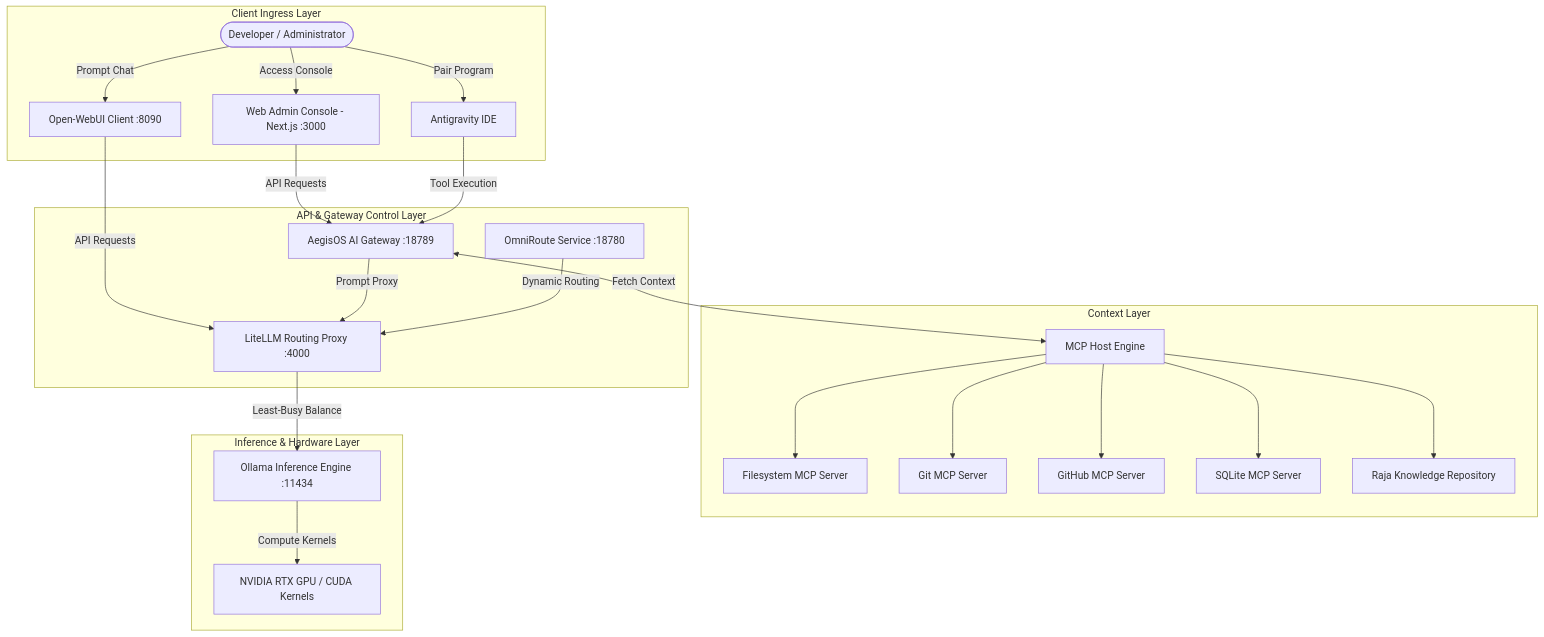
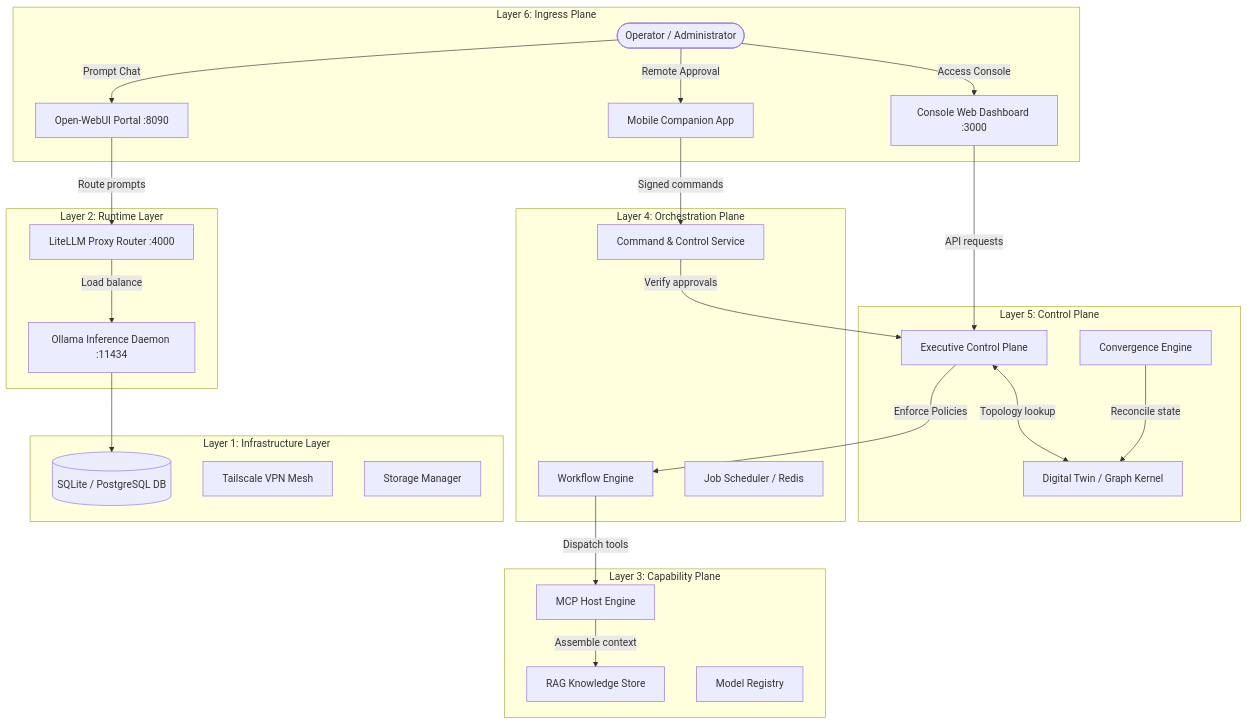
One commit to rjmad1/AegisOS changed the first of 3 diagrams in docs/Architecture_Handbook.md. Above: the diagram before and after it, drawn with Mermaid. The commit also changed other lines of this file and 97 other files, not shown here.

````diff
--- a/docs/Architecture_Handbook.md
+++ b/docs/Architecture_Handbook.md
@@ -11,50 +19,57 @@
 ```mermaid
 graph TD
-    subgraph Client Ingress Layer
-        User([Developer / Administrator])
-        Console[Web Admin Console - Next.js :3000]
-        WebUI[Open-WebUI Client :8090]
-        IDE[Antigravity IDE]
+    subgraph Layer 6: Ingress Plane
+        User([Operator / Administrator])
+        Console[Console Web Dashboard :3000]
+        WebUI[Open-WebUI Portal :8090]
+        Mobile[Mobile Companion App]
     end
 
-    subgraph API & Gateway Control Layer
-        AegisOS[AegisOS AI Gateway :18789]
-        LiteLLM[LiteLLM Routing Proxy :4000]
-        OmniRoute[OmniRoute Service :18780]
+    subgraph Layer 5: Control Plane
+        ECP[Executive Control Plane]
+        Twin[Digital Twin / Graph Kernel]
+        Sync[Convergence Engine]
     end
 
-    subgraph Context Layer
-        MCP[MCP Host Engine]
-        FS[Filesystem MCP Server]
-        GIT[Git MCP Server]
-        GH[GitHub MCP Server]
-        SQL[SQLite MCP Server]
-        RAG[Raja Knowledge Repository]
+    subgraph Layer 4: Orchestration Plane
+        Workflow[Workflow Engine]
+        Scheduler[Job Scheduler / Redis]
+        C2[Command & Control Service]
     end
 
-    subgraph Inference & Hardware Layer
-        Ollama[Ollama Inference Engine :11434]
-        GPU[NVIDIA RTX GPU / CUDA Kernels]
+    subgraph Layer 3: Capability Plane
+        MCP[MCP Host Engine]
+        RAG[RAG Knowledge Store]
+        Models[Model Registry]
+    end
+
+    subgraph Layer 2: Runtime Layer
+        LiteLLM[LiteLLM Proxy Router :4000]
+        Ollama[Ollama Inference Daemon :11434]
+    end
+
+    subgraph Layer 1: Infrastructure Layer
+        DB[(SQLite / PostgreSQL DB)]
+        VPN[Tailscale VPN Mesh]
+        Storage[Storage Manager]
     end
 
     User -->|Access Console| Console
     User -->|Prompt Chat| WebUI
-    User -->|Pair Program| IDE
+    User -->|Remote Approval| Mobile
+
+    Console -->|API requests| ECP
+    WebUI -->|Route prompts| LiteLLM
+    Mobile -->|Signed commands| C2
+
+    ECP -->|Enforce Policies| Workflow
+    ECP <-->|Topology lookup| Twin
+    Sync -->|Reconcile state| Twin
+
+    Workflow -->|Dispatch tools| MCP
+    MCP -->|Assemble context| RAG
     
-    Console -->|API Requests| AegisOS
-    WebUI -->|API Requests| LiteLLM
-    IDE -->|Tool Execution| AegisOS
-    
-    AegisOS -->|Prompt Proxy| LiteLLM
-    AegisOS <-->|Fetch Context| MCP
-    
-    MCP --> FS
-    MCP --> GIT
-    MCP --> GH
-    MCP --> SQL
-    MCP --> RAG
-    
-    LiteLLM -->|Least-Busy Balance| Ollama
-    OmniRoute -->|Dynamic Routing| LiteLLM
-    Ollama -->|Compute Kernels| GPU
+    C2 -->|Verify approvals| ECP
+    LiteLLM -->|Load balance| Ollama
+    Ollama --> DB
 ```
````
